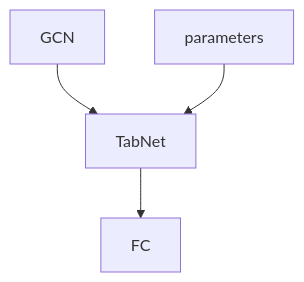
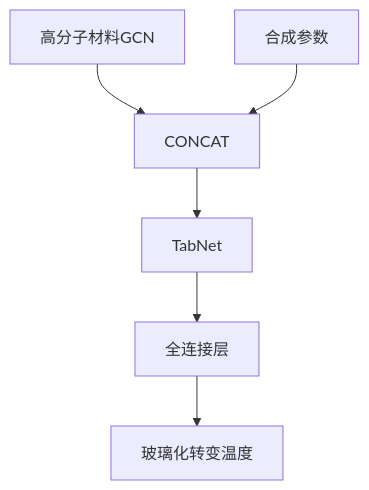
Before and after one commit to circle117/MaterialsGCN: the first of 2 diagrams in README.md, drawn with Mermaid. The commit also changed other lines of this file, not shown here.

````diff
--- a/README.md
+++ b/README.md
@@ -97,7 +68,9 @@
 ```mermaid
 graph TD;
-	GCN-->TabNet
-	parameters-->TabNet
-	TabNet-->FC
+	高分子材料GCN-->CONCAT
+	合成参数-->CONCAT
+	CONCAT-->TabNet
+	TabNet-->全连接层
+	全连接层-->玻璃化转变温度
 
 ```
````
